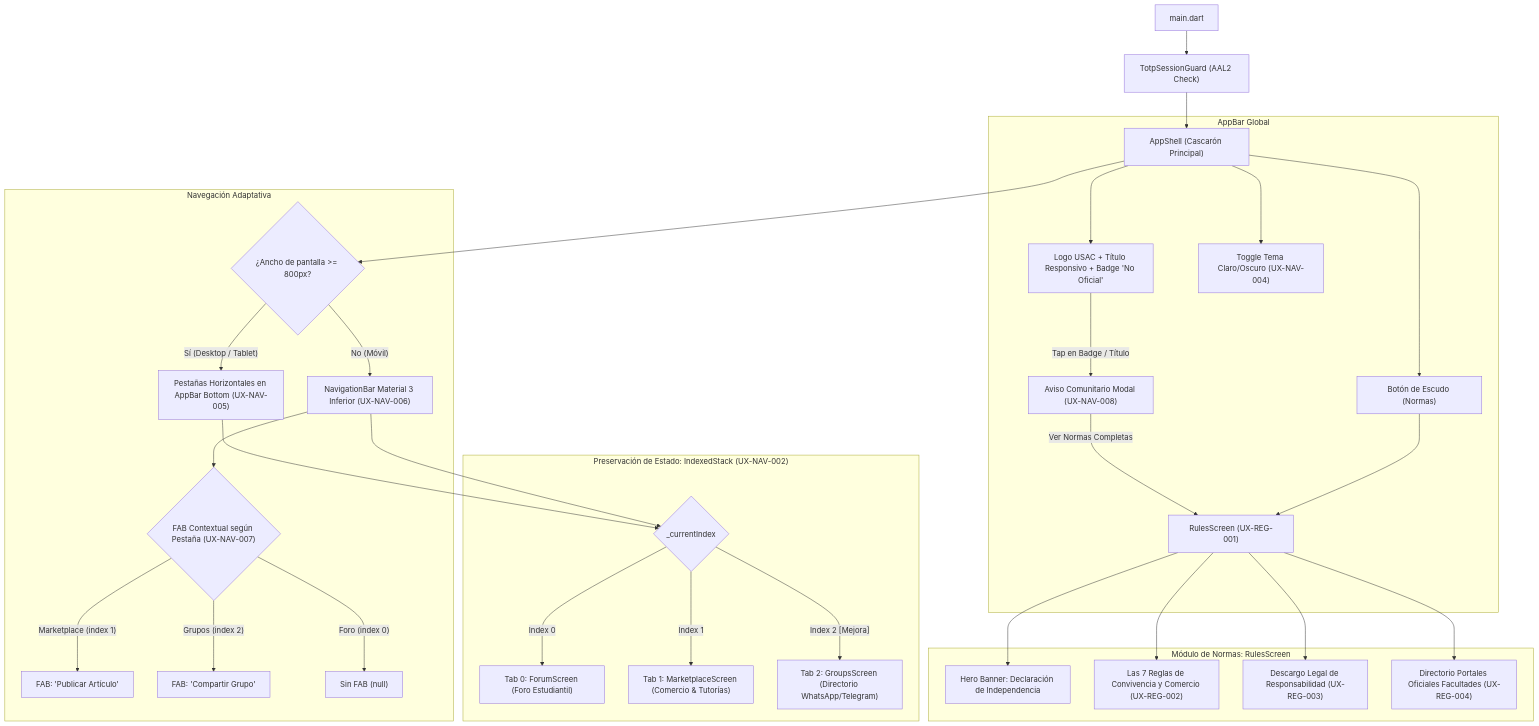
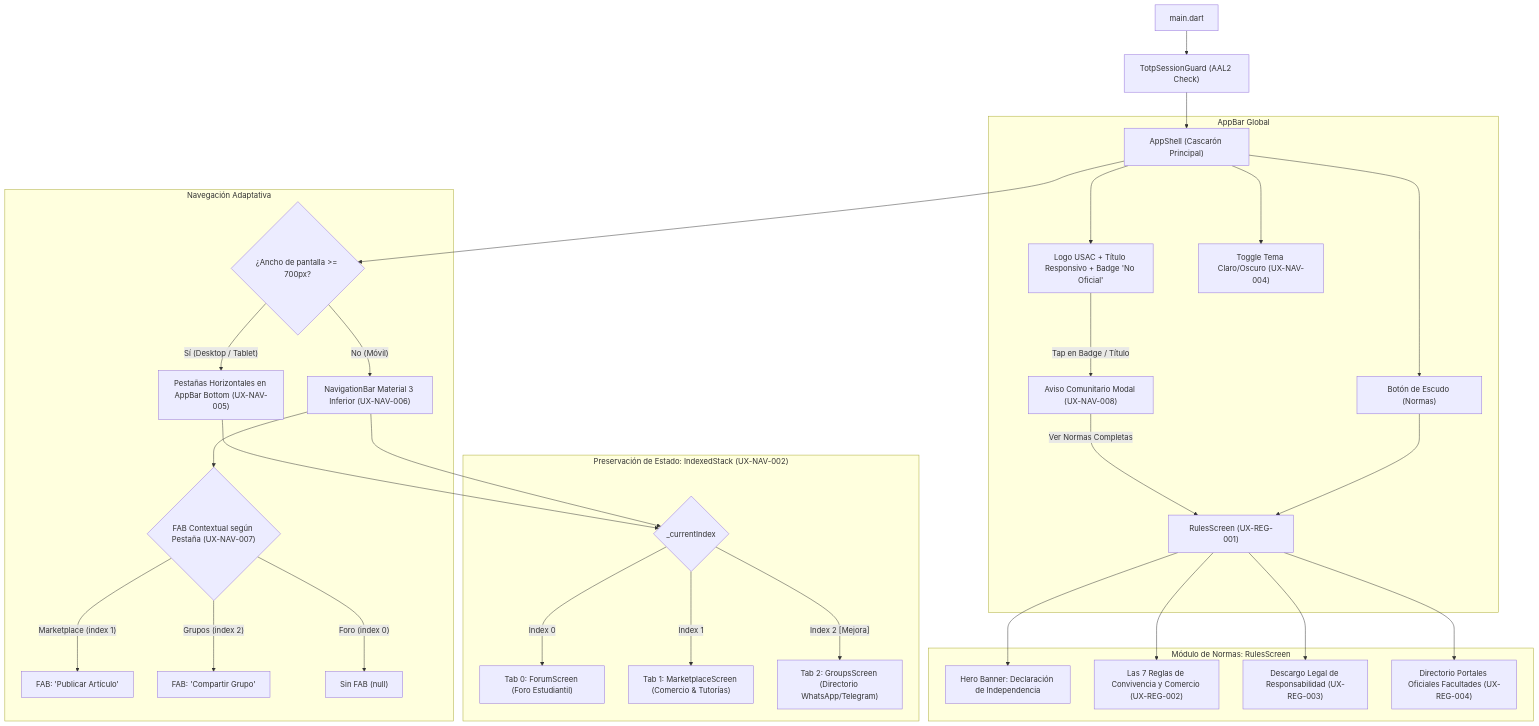
Before and after one commit to Trebol4Devop/Comunidad_USAC: the diagram in docs/ux/08-navegacion-shell-y-reglas.md, drawn with Mermaid. The commit also changed other lines of this file and 7 other files, not shown here.

````diff
--- a/docs/ux/08-navegacion-shell-y-reglas.md
+++ b/docs/ux/08-navegacion-shell-y-reglas.md
@@ -481,44 +481,44 @@
 ```mermaid
 flowchart TD
     AppStart["main.dart"] --> Guard["TotpSessionGuard (AAL2 Check)"]
     Guard --> Shell["AppShell (Cascarón Principal)"]
 
     subgraph AppShell_Header ["AppBar Global"]
         Shell --> LogoTitle["Logo USAC + Título Responsivo + Badge 'No Oficial'"]
         LogoTitle -->|"Tap en Badge / Título"| DisclaimerModal["Aviso Comunitario Modal (UX-NAV-008)"]
         DisclaimerModal -->|"Ver Normas Completas"| RulesScreenNav["RulesScreen (UX-REG-001)"]
 
         Shell --> ShieldBtn["Botón de Escudo (Normas)"]
         ShieldBtn --> RulesScreenNav
 
         Shell --> ThemeToggle["Toggle Tema Claro/Oscuro (UX-NAV-004)"]
     end
 
     subgraph Responsive_Navigation ["Navegación Adaptativa"]
-        Shell --> ResponsiveCheck{"¿Ancho de pantalla >= 800px?"}
+        Shell --> ResponsiveCheck{"¿Ancho de pantalla >= 700px?"}
 
         ResponsiveCheck -->|"Sí (Desktop / Tablet)"| DesktopTabs["Pestañas Horizontales en AppBar Bottom (UX-NAV-005)"]
         ResponsiveCheck -->|"No (Móvil)"| MobileNav["NavigationBar Material 3 Inferior (UX-NAV-006)"]
 
         MobileNav --> MobileFAB{"FAB Contextual según Pestaña (UX-NAV-007)"}
         MobileFAB -->|"Marketplace (index 1)"| FABMarket["FAB: 'Publicar Artículo'"]
         MobileFAB -->|"Grupos (index 2)"| FABGroups["FAB: 'Compartir Grupo'"]
         MobileFAB -->|"Foro (index 0)"| FABNone["Sin FAB (null)"]
     end
 
     subgraph Memory_Stack ["Preservación de Estado: IndexedStack (UX-NAV-002)"]
         DesktopTabs --> IndexRouter{"_currentIndex"}
         MobileNav --> IndexRouter
 
         IndexRouter -->|"Index 0"| TabForo["Tab 0: ForumScreen (Foro Estudiantil)"]
         IndexRouter -->|"Index 1"| TabMarket["Tab 1: MarketplaceScreen (Comercio & Tutorías)"]
         IndexRouter -->|"Index 2 [Mejora]"| TabGrupos["Tab 2: GroupsScreen (Directorio WhatsApp/Telegram)"]
     end
 
     subgraph Rules_Module ["Módulo de Normas: RulesScreen"]
         RulesScreenNav --> HeroRules["Hero Banner: Declaración de Independencia"]
         RulesScreenNav --> RulesList["Las 7 Reglas de Convivencia y Comercio (UX-REG-002)"]
         RulesScreenNav --> LegalBox["Descargo Legal de Responsabilidad (UX-REG-003)"]
         RulesScreenNav --> FacLinks["Directorio Portales Oficiales Facultades (UX-REG-004)"]
     end
 ```
````
